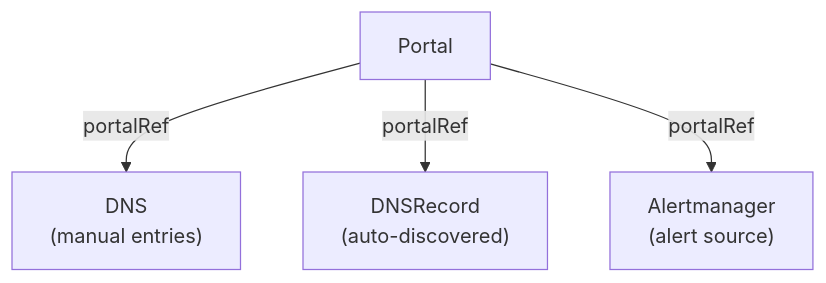
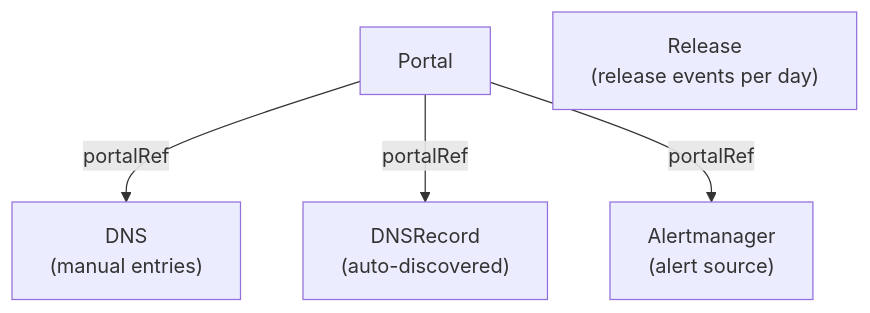
One commit to golgoth31/sreportal changed the second of 3 diagrams in docs/content/docs/architecture.md. Above: the diagram before and after it, drawn with Mermaid. The commit also changed other lines of this file and 79 other files, not shown here.

````diff
--- a/docs/content/docs/architecture.md
+++ b/docs/content/docs/architecture.md
@@ -39,9 +39,11 @@
 ```mermaid
 graph TD
     Portal -->|portalRef| DNS["DNS
     (manual entries)"]
     Portal -->|portalRef| DNSRecord["DNSRecord
     (auto-discovered)"]
     Portal -->|portalRef| Alertmanager["Alertmanager
     (alert source)"]
+    Release["Release
+    (release events per day)"]
 ```
````
